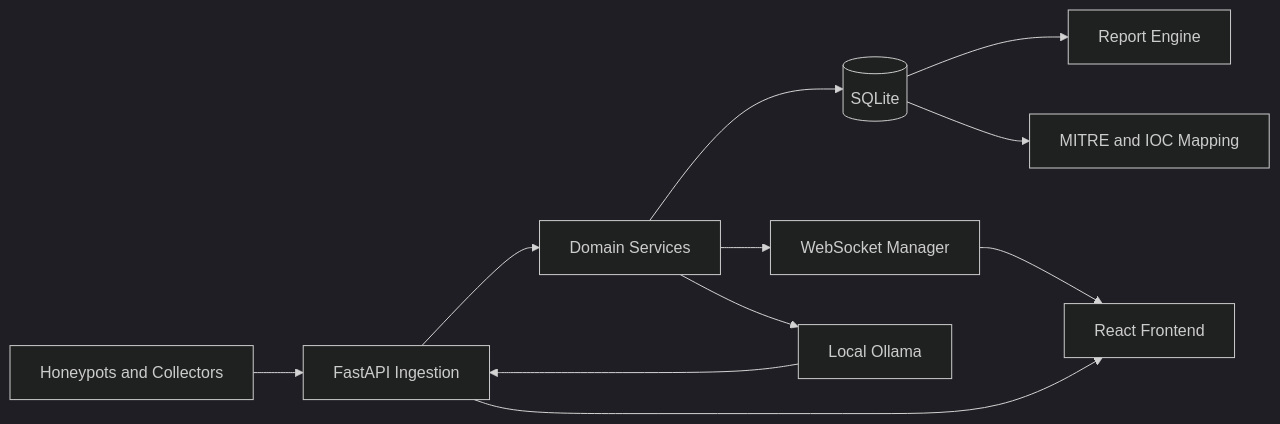
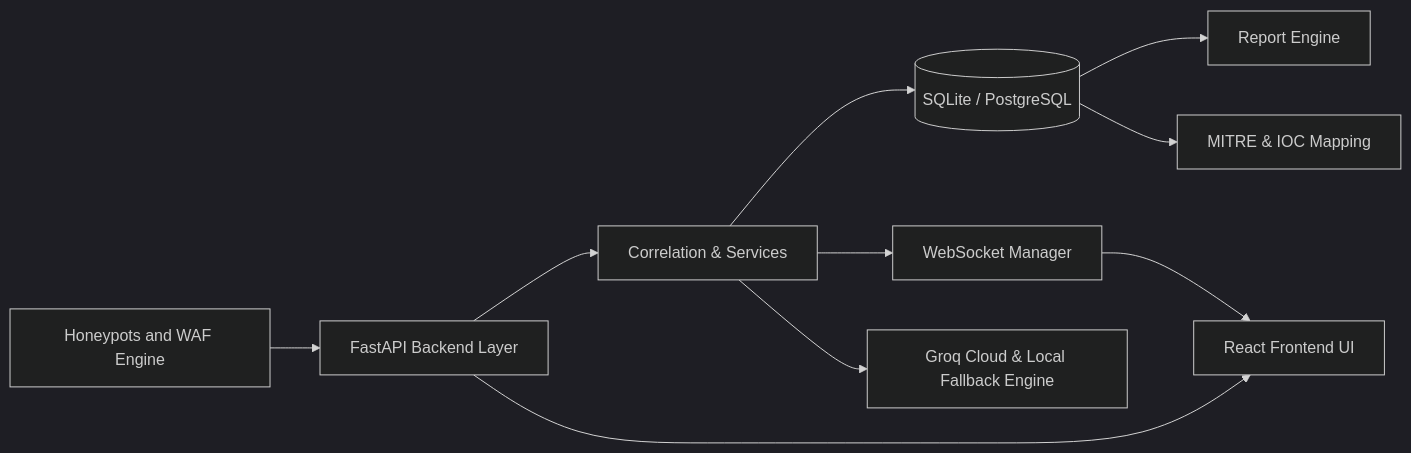
One commit to Vaishnav53/SentinelAI changed the diagram in docs/02_SYSTEM_ARCHITECTURE.md. Above: the diagram before and after it, drawn with Mermaid (dark theme). The commit also changed other lines of this file and 23 other files, not shown here.

````diff
--- a/docs/02_SYSTEM_ARCHITECTURE.md
+++ b/docs/02_SYSTEM_ARCHITECTURE.md
@@ -5,13 +10,12 @@
 ```mermaid
 flowchart LR
-    Sensors[Honeypots and Collectors] --> API[FastAPI Ingestion]
-    API --> Services[Domain Services]
-    Services --> DB[(SQLite)]
+    Sensors[Honeypots and WAF Engine] --> API[FastAPI Backend Layer]
+    API --> Services[Correlation & Services]
+    Services --> DB[(SQLite / PostgreSQL)]
     Services --> WS[WebSocket Manager]
-    Services --> Ollama[Local Ollama]
+    Services --> AI[Groq Cloud & Local Fallback Engine]
     DB --> Reports[Report Engine]
-    DB --> Intelligence[MITRE and IOC Mapping]
-    WS --> UI[React Frontend]
+    DB --> Intelligence[MITRE & IOC Mapping]
+    WS --> UI[React Frontend UI]
     API --> UI
-    Ollama --> API
 ```
````
